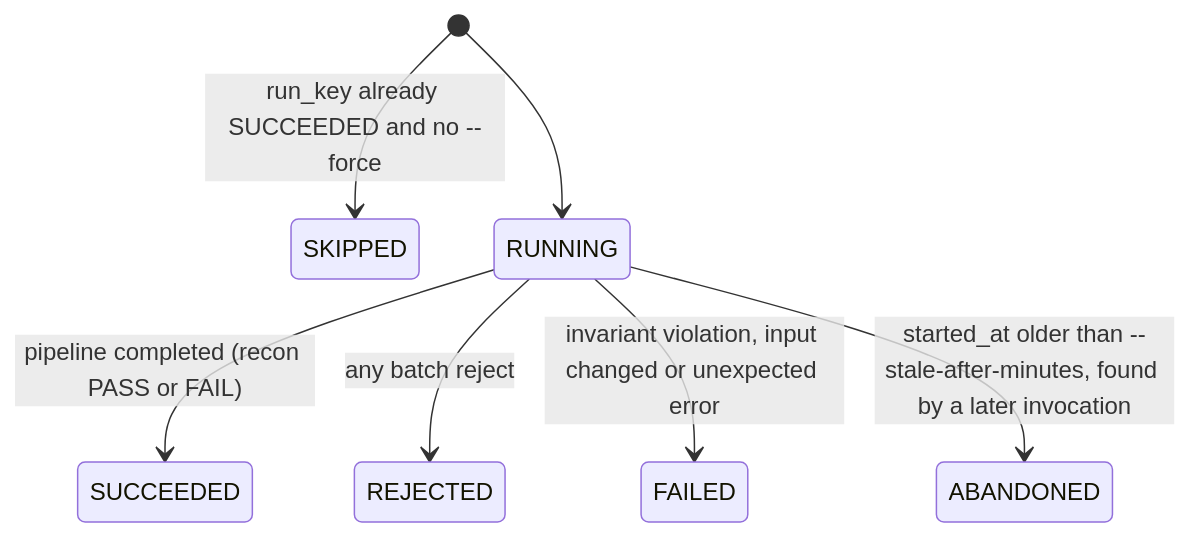
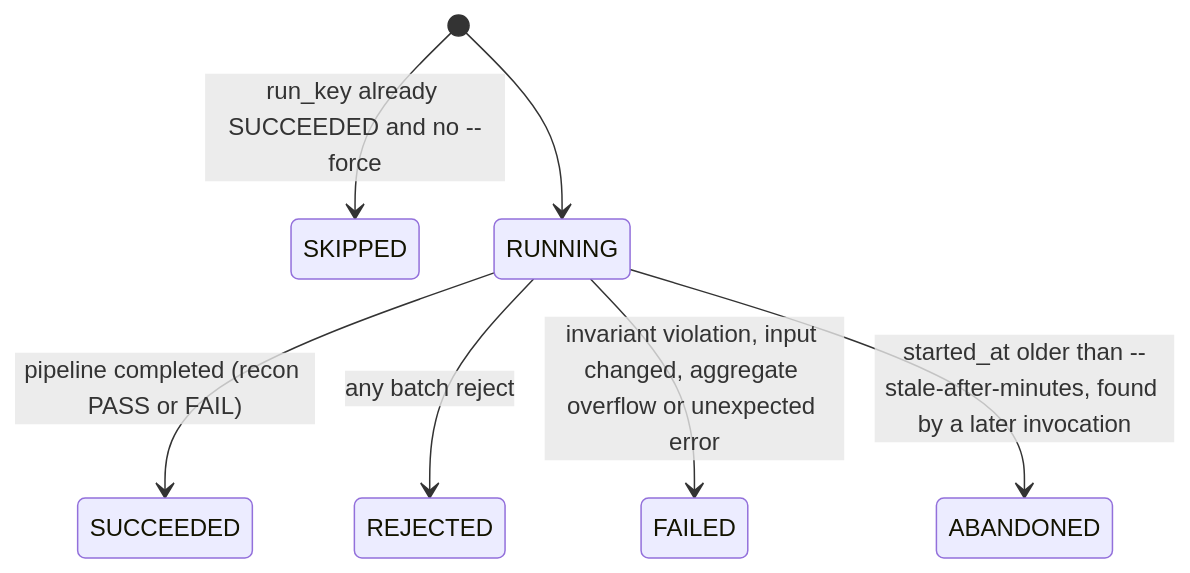
One commit to risri-odoo/recon-pipeline-dataEngineer-yotta changed the second of 2 diagrams in docs/DESIGN.md. Above: the diagram before and after it, drawn with Mermaid. The commit also changed other lines of this file and 22 other files, not shown here.

````diff
--- a/docs/DESIGN.md
+++ b/docs/DESIGN.md
@@ -376,9 +378,9 @@
 ```mermaid
 stateDiagram-v2
     [*] --> SKIPPED: run_key already SUCCEEDED and no --force
     [*] --> RUNNING
     RUNNING --> SUCCEEDED: pipeline completed (recon PASS or FAIL)
     RUNNING --> REJECTED: any batch reject
-    RUNNING --> FAILED: invariant violation, input changed or unexpected error
+    RUNNING --> FAILED: invariant violation, input changed, aggregate overflow or unexpected error
     RUNNING --> ABANDONED: started_at older than --stale-after-minutes, found by a later invocation
 ```
````
